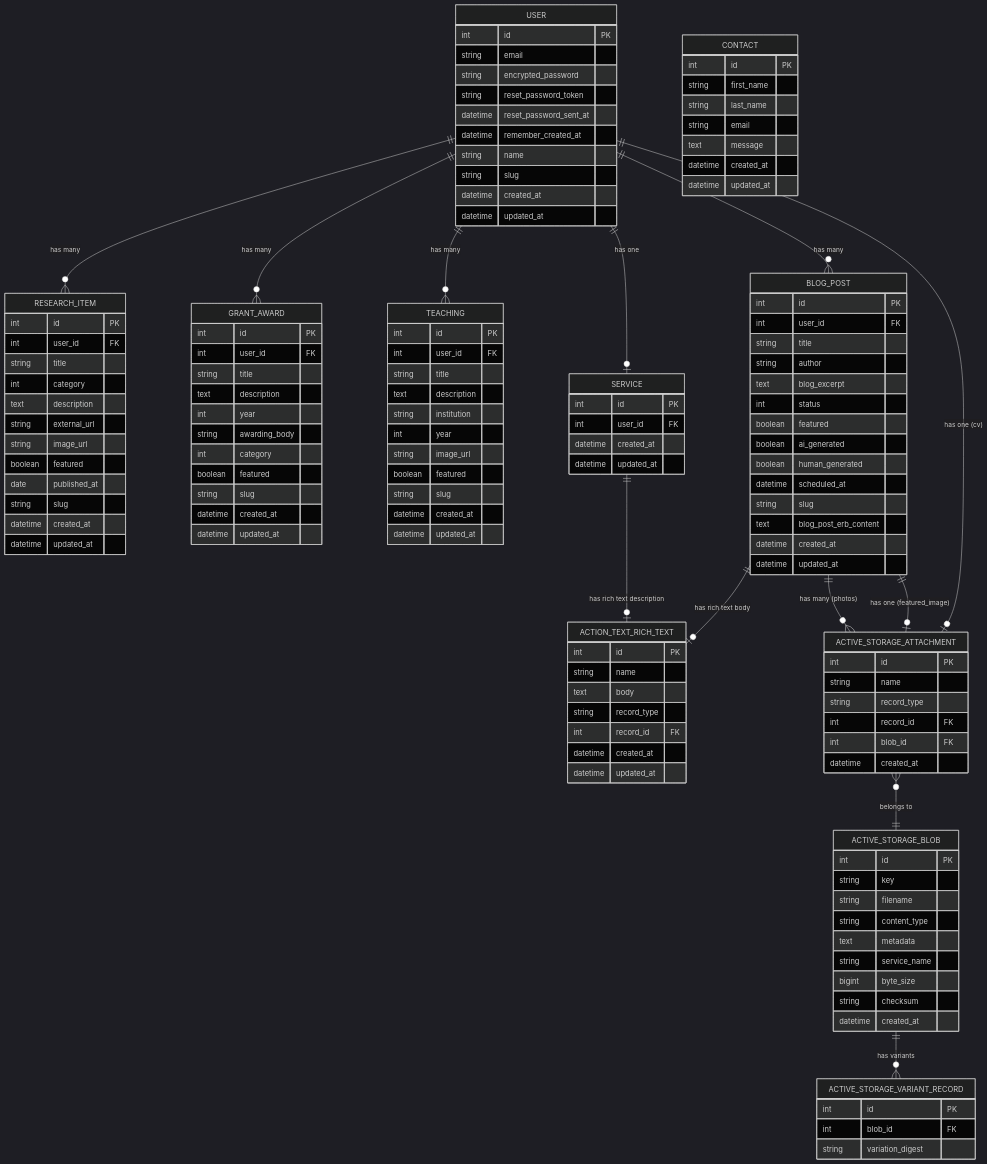
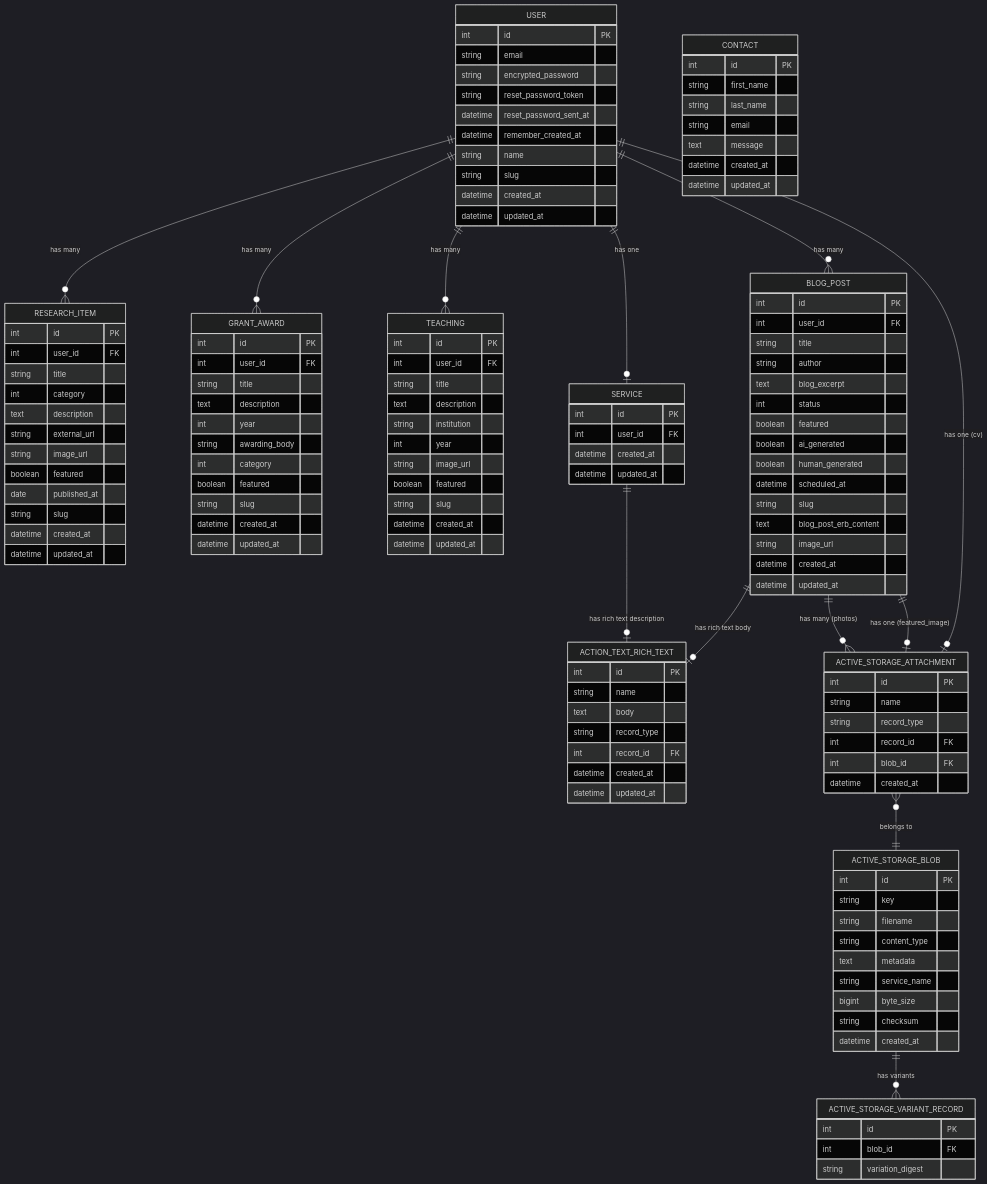
Before and after one commit to louiskb/isarak-portfolio: the diagram in docs/ERD.md, drawn with Mermaid (dark theme). The commit also changed other lines of this file and 1 other file, not shown here.

Commit message:
docs: update TODO and ERD for session 7 — image_url, live preview, AI service fixes

```diff
--- a/docs/ERD.md
+++ b/docs/ERD.md
@@ -71,6 +71,7 @@
         datetime scheduled_at
         string slug
         text blog_post_erb_content
+        string image_url
         datetime created_at
         datetime updated_at
     }
```
